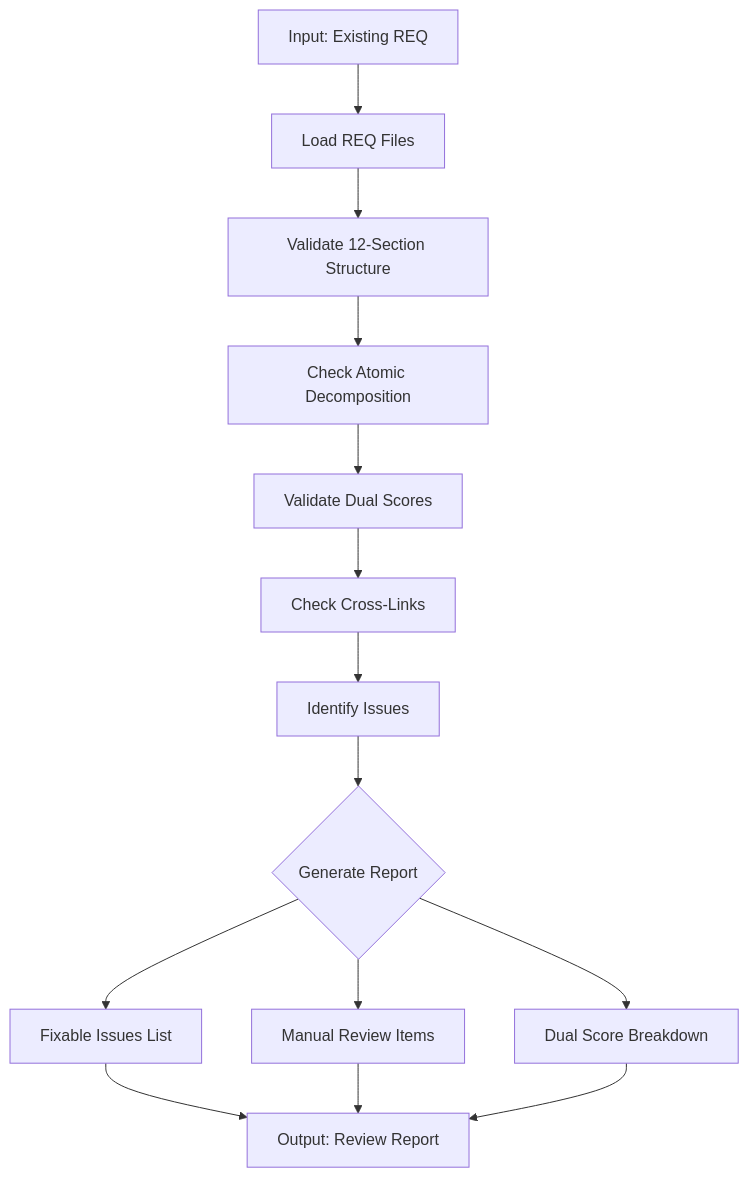
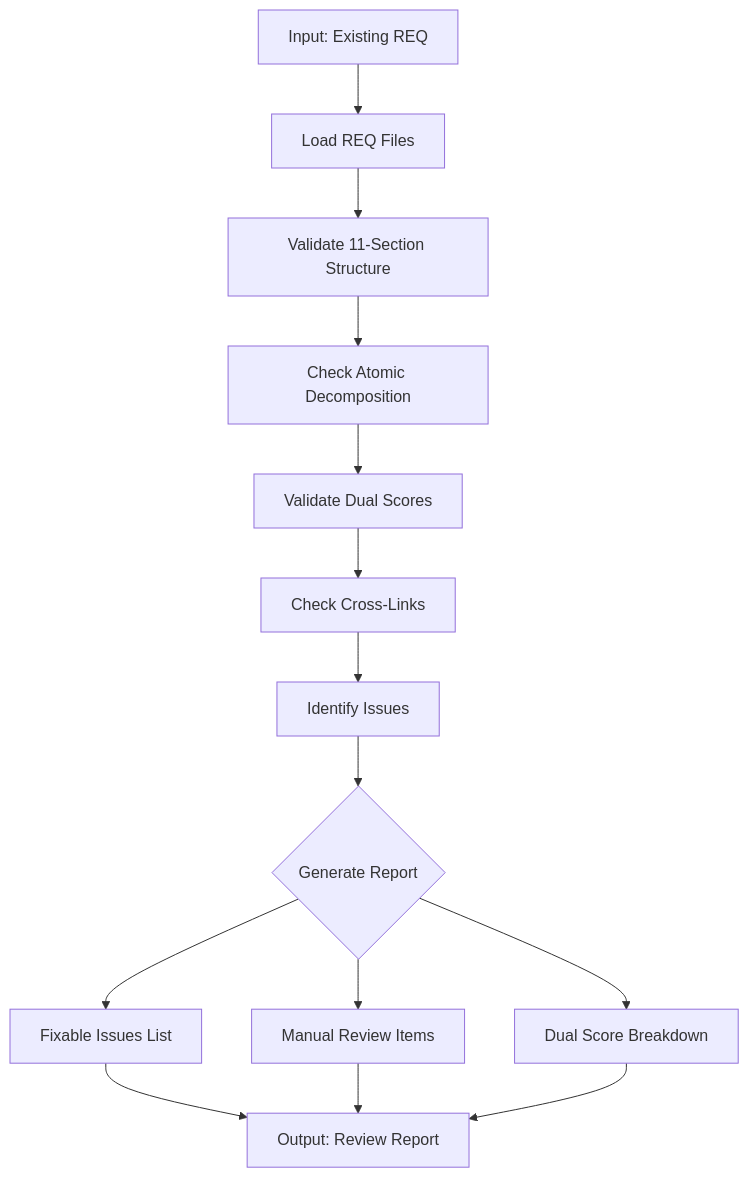
The third of 3 diagrams in .claude/skills/doc-req-autopilot/SKILL.md (vladm3105/aidoc-flow-framework), drawn with Mermaid before and after one commit. The commit also changed other lines of this file and 6 other files, not shown here.

````diff
--- a/.claude/skills/doc-req-autopilot/SKILL.md
+++ b/.claude/skills/doc-req-autopilot/SKILL.md
@@ -919,16 +911,16 @@
 ```mermaid
 flowchart TD
     A[Input: Existing REQ] --> B[Load REQ Files]
-    B --> C[Validate 12-Section Structure]
+    B --> C[Validate 11-Section Structure]
     C --> D[Check Atomic Decomposition]
     D --> E[Validate Dual Scores]
     E --> F[Check Cross-Links]
     F --> G[Identify Issues]
     G --> H{Generate Report}
     H --> I[Fixable Issues List]
     H --> J[Manual Review Items]
     H --> K[Dual Score Breakdown]
     I --> L[Output: Review Report]
     J --> L
     K --> L
 ```
````
